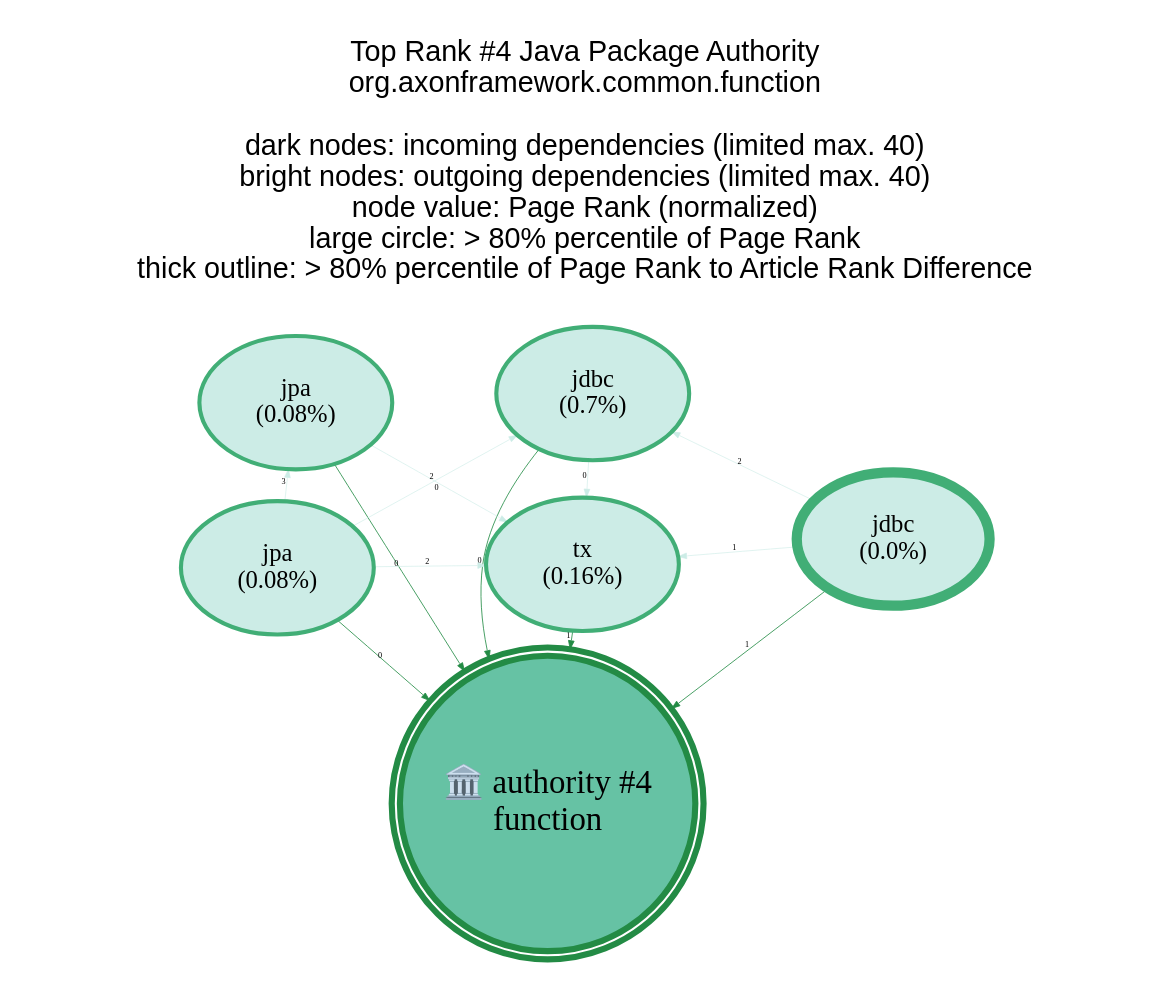
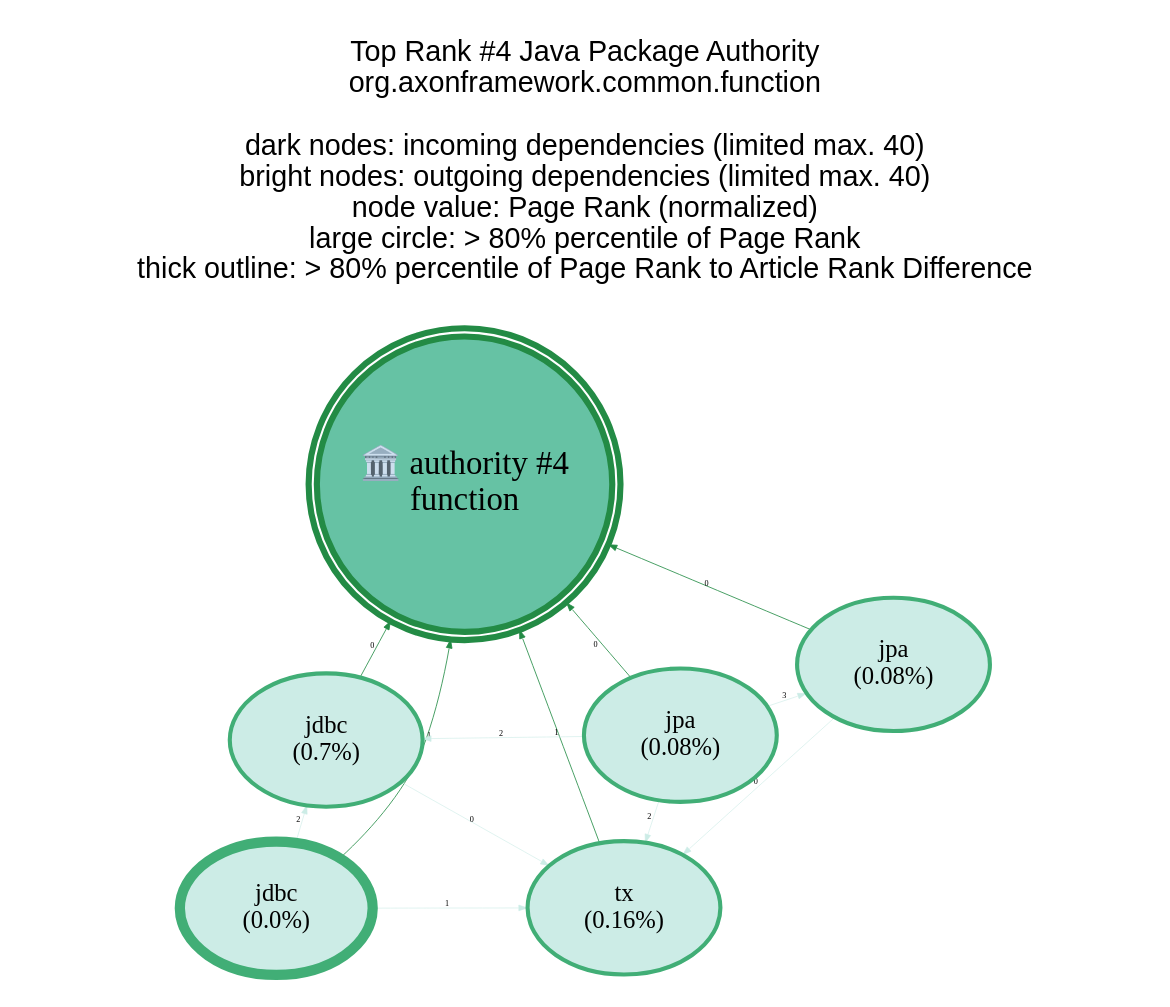
One commit to JohT/code-graph-analysis-examples changed the diagram in analysis-results/AxonFramework/latest/anomaly-detection/Java_Package/GraphVisualizations/graphviz/TopAuthority4.gv. Above: the diagram before and after it, drawn with Graphviz. The commit also changed other lines of this file and 687 other files, not shown here.

```diff
--- a/analysis-results/AxonFramework/latest/anomaly-detection/Java_Package/GraphVisualizations/graphviz/TopAuthority4.gv
+++ b/analysis-results/AxonFramework/latest/anomaly-detection/Java_Package/GraphVisualizations/graphviz/TopAuthority4.gv
@@ -1,29 +1,29 @@
 // This GraphViz dot file was generated by the script convertQueryResultCsvToGraphVizDotFile.sh with TopCentral.template
 
 strict digraph TopAuthority4 {
     graph [layout = "fdp"; start = "7"; splines = "spline"; pad = "0.8,0.1"; outputorder = "edgesfirst";];
     graph [fontname = "Helvetica,Arial,sans-serif"; labelloc = "t";];
     node [colorscheme = "bugn9"; color = 6; fillcolor = 3;];
     edge [colorscheme = "bugn9"; color = 7;];
     node [fontsize = 12; style = "filled"; margin = "0.03,0.03"; width="1.3"; height="0.9";];
     edge [fontsize = 4; arrowsize = "0.4";];
 
     central [shape = "doublecircle"; height = "2.0"; margin = "0.000001,0.000001";];
     central [fontsize = 16;];
     central [color = 7; fillcolor = 5; penwidth = 3;];
 
 	graph   [label="Top Rank #4 Java Package Authority\norg.axonframework.common.function\n\ndark nodes: incoming dependencies (limited max. 40)\nbright nodes: outgoing dependencies (limited max. 40)\nnode value: Page Rank (normalized)\nlarge circle: > 80% percentile of Page Rank\nthick outline: > 80% percentile of Page Rank to Article Rank Difference\n\n"];
 	central [label="🏛️ authority #4\nfunction"];
 	"jdbc_36576"  [label = "jdbc\n(0.0%)"; penwidth = 5; ]; "jdbc_36576" -> central [label=1; weight=1; penwidth=0.4];
 	"tx_45797"  [label = "tx\n(0.16%)"; penwidth = 2; ]; "tx_45797" -> central [label=1; weight=1; penwidth=0.4];
 	"jdbc_45793"  [label = "jdbc\n(0.7%)"; penwidth = 2; ]; "jdbc_45793" -> central [label=0; weight=0; penwidth=0.4];
+	"jpa_36577"  [label = "jpa\n(0.08%)"; penwidth = 2; ]; "jpa_36577" -> central [label=0; weight=0; penwidth=0.4];
 	"jpa_45802"  [label = "jpa\n(0.08%)"; penwidth = 2; ]; "jpa_45802" -> central [label=0; weight=0; penwidth=0.4];
-	"jpa_36577"  [label = "jpa\n(0.08%)"; penwidth = 2; ]; "jpa_36577" -> central [label=0; weight=0; penwidth=0.4];
 	"jpa_36577" -> "jpa_45802" [label=3; weight=3; penwidth=0.3; color = 3]
 	"jdbc_36576" -> "jdbc_45793" [label=2; weight=2; penwidth=0.3; color = 3]
+	"jpa_36577" -> "jdbc_45793" [label=2; weight=2; penwidth=0.3; color = 3]
 	"jpa_36577" -> "tx_45797" [label=2; weight=2; penwidth=0.3; color = 3]
-	"jpa_36577" -> "jdbc_45793" [label=2; weight=2; penwidth=0.3; color = 3]
 	"jdbc_36576" -> "tx_45797" [label=1; weight=1; penwidth=0.3; color = 3]
 	"jdbc_45793" -> "tx_45797" [label=0; weight=0; penwidth=0.3; color = 3]
 	"jpa_45802" -> "tx_45797" [label=0; weight=0; penwidth=0.3; color = 3]
 }
```
